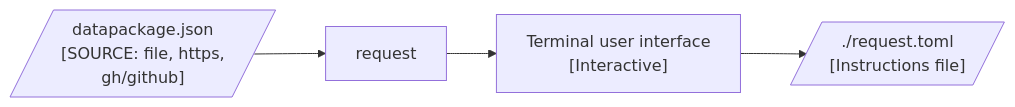
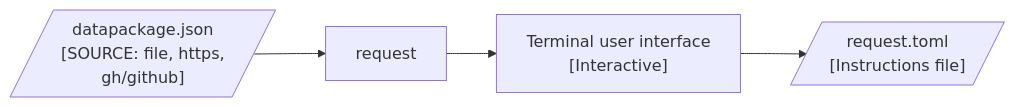
The fourth of 4 diagrams in docs/design/interface/cli.qmd (seedcase-project/seedcase-propagate), drawn with Mermaid before and after one commit. The commit also changed other lines of this file, not shown here.

````diff
--- a/docs/design/interface/cli.qmd
+++ b/docs/design/interface/cli.qmd
@@ -231,18 +231,18 @@
 ```{mermaid}
 %%| label: fig-cli-create-request-flow
 %%| fig-cap: "The flow of input and output through the CLI `create-request` command."
 %%| fig-alt: >-
 %%|   Diagram showing the flow of input and output through the CLI
 %%|   `create-request` command. The user only needs to provide the source of the
 %%|   metadata file.
 
 flowchart LR
     source[/"datapackage.json<br>[SOURCE: file, https,<br>gh/github]"/]
     request["request"]
     tui["Terminal user interface<br>[Interactive]"]
-    output[/"./request.toml<br>[Instructions file]"/]
+    output[/"request.toml<br>[Instructions file]"/]
 
     source --> request
     request --> tui
     tui --> output
 ```
````
